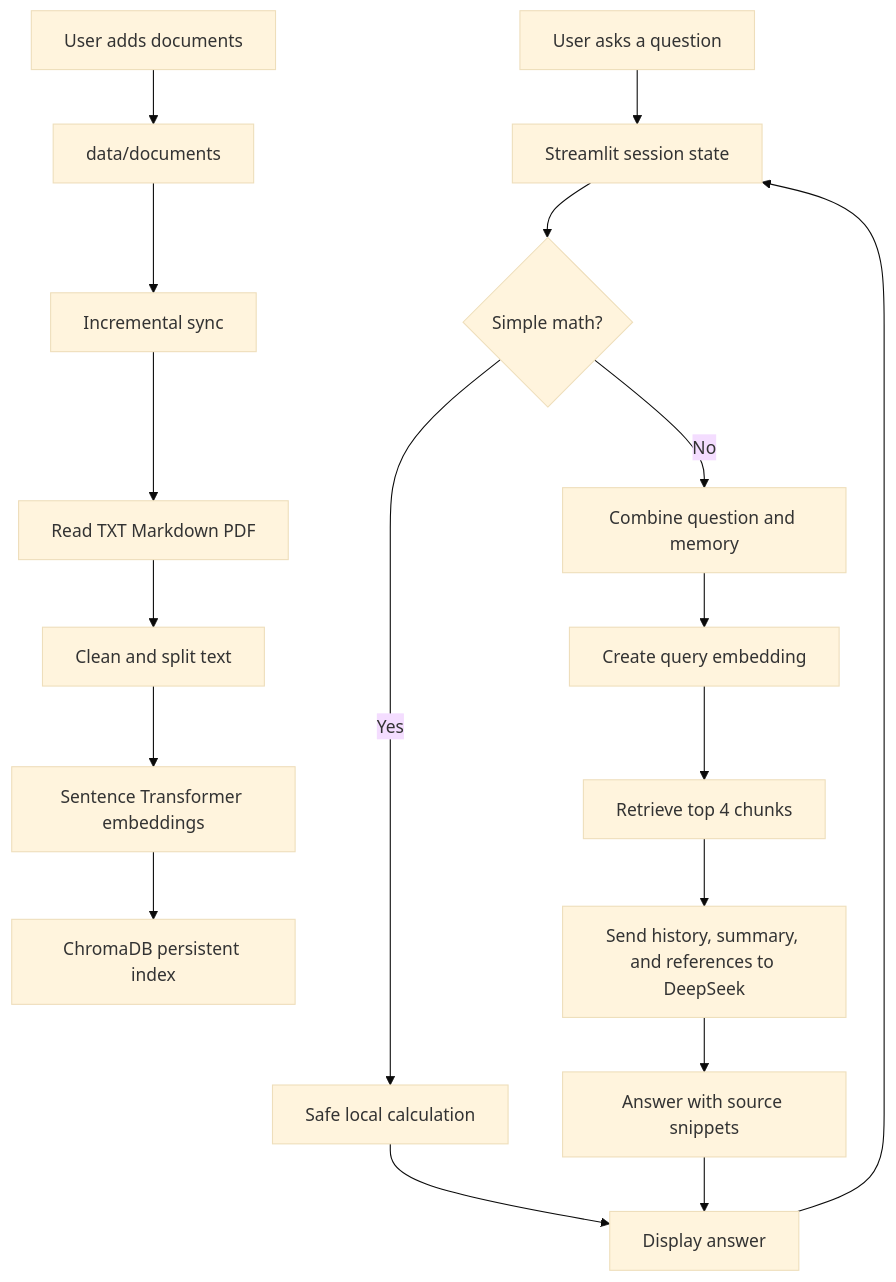
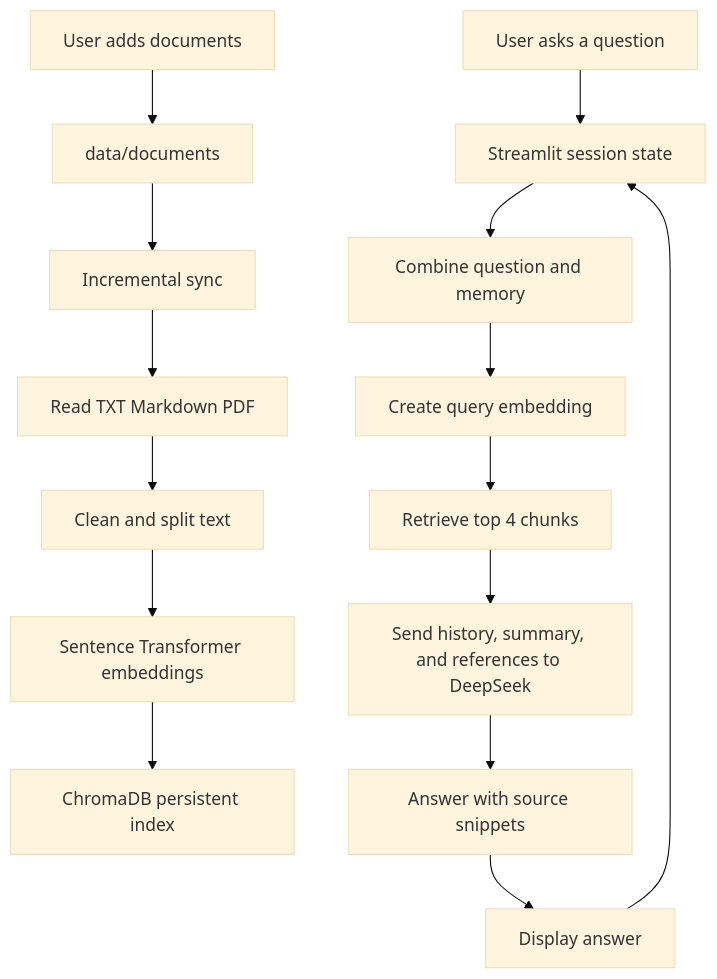
The second of 2 diagrams in custom_version/ARCHITECTURE.md (ylceadap/RAG_DEMO), drawn with Mermaid (base theme) before and after one commit. The commit also changed other lines of this file and 10 other files, not shown here.

````diff
--- a/custom_version/ARCHITECTURE.md
+++ b/custom_version/ARCHITECTURE.md
@@ -72,21 +70,18 @@
 ```mermaid
 flowchart TD
     A[User adds documents] --> B[data/documents]
     B --> C[Incremental sync]
     C --> D[Read TXT Markdown PDF]
     D --> E[Clean and split text]
     E --> F[Sentence Transformer embeddings]
     F --> G[ChromaDB persistent index]
 
     H[User asks a question] --> I[Streamlit session state]
-    I --> J{Simple math?}
-    J -- Yes --> K[Safe local calculation]
-    J -- No --> L[Combine question and memory]
+    I --> L[Combine question and memory]
     L --> M[Create query embedding]
     M --> N[Retrieve top 4 chunks]
     N --> O[Send history, summary, and references to DeepSeek]
     O --> P[Answer with source snippets]
-    K --> Q[Display answer]
-    P --> Q
+    P --> Q[Display answer]
     Q --> I
 ```
````
